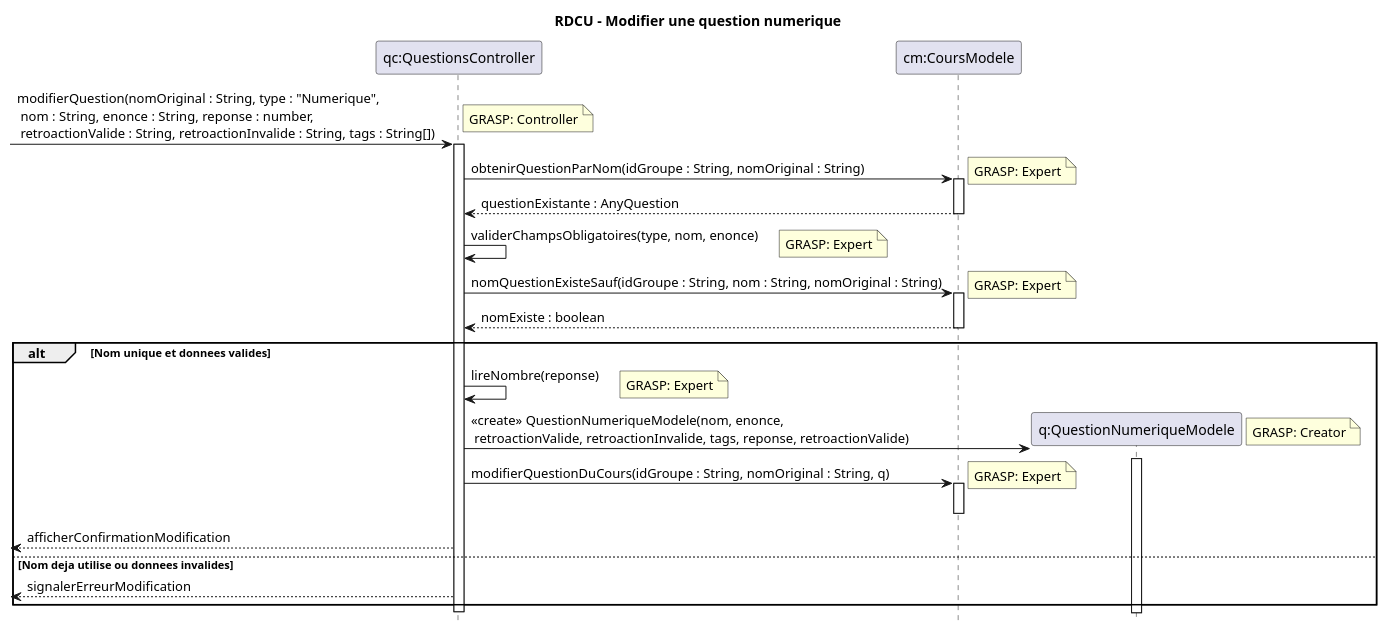
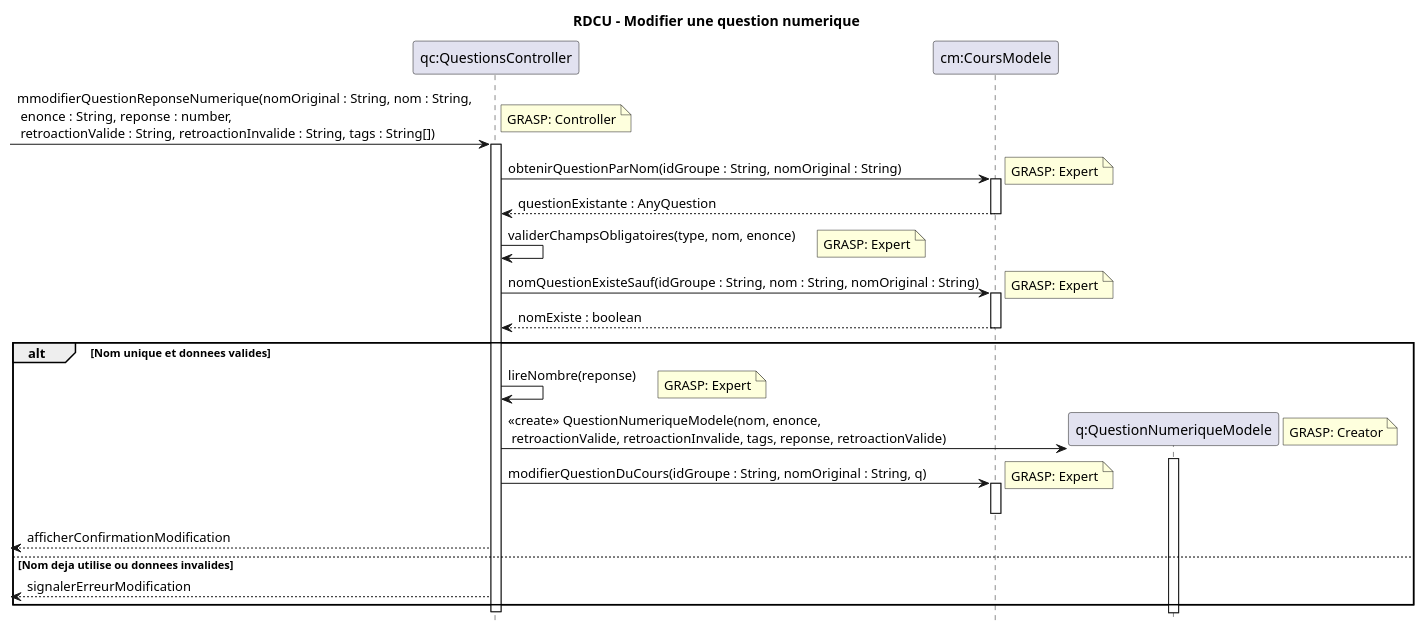
One commit to xMrYahya/moodle-clone changed the diagram in docs/modeles/cu02/rdcu-modifier-question-numerique.puml. Above: the diagram before and after it, drawn with PlantUML. The commit also changed 9 other files, not shown here.

Commit message:
fix de diagrammes

```diff
--- a/docs/modeles/cu02/rdcu-modifier-question-numerique.puml
+++ b/docs/modeles/cu02/rdcu-modifier-question-numerique.puml
@@ -1,49 +1,49 @@
 @startuml
 hide footbox
 title RDCU - Modifier une question numerique
 
 participant "qc:QuestionsController" as QC
 participant "cm:CoursModele" as CM
 participant "q:QuestionNumeriqueModele" as Q
 
--> QC : modifierQuestion(nomOriginal : String, type : "Numerique",\n nom : String, enonce : String, reponse : number,\n retroactionValide : String, retroactionInvalide : String, tags : String[])
+-> QC : mmodifierQuestionReponseNumerique(nomOriginal : String, nom : String,\n enonce : String, reponse : number,\n retroactionValide : String, retroactionInvalide : String, tags : String[])
 note right: GRASP: Controller
 activate QC
 
 QC -> CM : obtenirQuestionParNom(idGroupe : String, nomOriginal : String)
 note right: GRASP: Expert
 activate CM
 CM --> QC : questionExistante : AnyQuestion
 deactivate CM
 
 QC -> QC : validerChampsObligatoires(type, nom, enonce)
 note right: GRASP: Expert
 
 QC -> CM : nomQuestionExisteSauf(idGroupe : String, nom : String, nomOriginal : String)
 note right: GRASP: Expert
 activate CM
 CM --> QC : nomExiste : boolean
 deactivate CM
 
 alt Nom unique et donnees valides
   QC -> QC : lireNombre(reponse)
   note right: GRASP: Expert
 
   create Q
   QC -> Q : <<create>> QuestionNumeriqueModele(nom, enonce,\n retroactionValide, retroactionInvalide, tags, reponse, retroactionValide)
   note right: GRASP: Creator
   activate Q
   deactivate Q
 
   QC -> CM : modifierQuestionDuCours(idGroupe : String, nomOriginal : String, q)
   note right: GRASP: Expert
   activate CM
   deactivate CM
 
   <-- QC : afficherConfirmationModification
 else Nom deja utilise ou donnees invalides
   <-- QC : signalerErreurModification
 end
 
 deactivate QC
 @enduml
```
